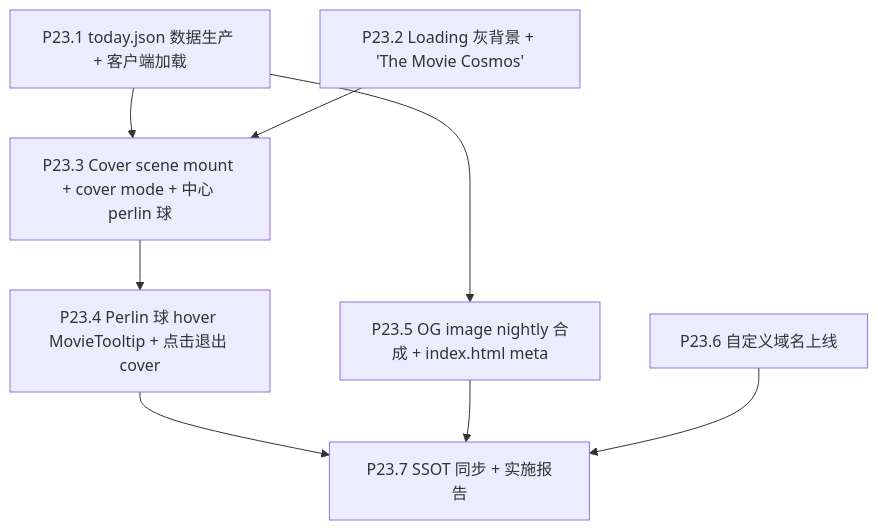
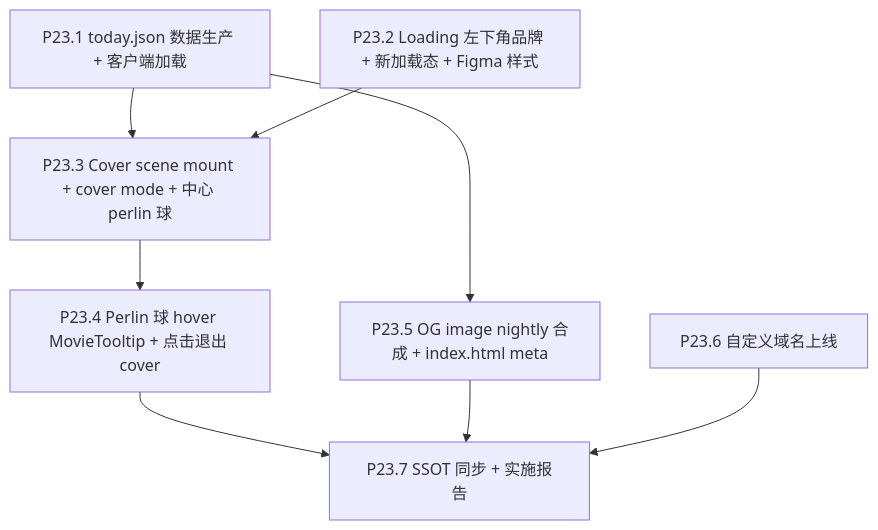
The diagram in .cursor/plans/phase_23_movie_today_domain_og_8aceff5a.plan.md (XYBuilds/chronicle_v3_3d_galaxy), drawn with Mermaid before and after one commit. The commit also changed other lines of this file, not shown here.

Commit message:
feat(P23.2): update loading screen design to align with Figma specifications, removing progress bar and enhancing visual elements

````diff
--- a/.cursor/plans/phase_23_movie_today_domain_og_8aceff5a.plan.md
+++ b/.cursor/plans/phase_23_movie_today_domain_og_8aceff5a.plan.md
@@ -68,18 +68,18 @@
 ```mermaid
 flowchart TD
     P231["P23.1 today.json 数据生产 + 客户端加载"]
-    P232["P23.2 Loading 灰背景 + 'The Movie Cosmos'"]
+    P232["P23.2 Loading 左下角品牌 + 新加载态 + Figma 样式"]
     P233["P23.3 Cover scene mount + cover mode + 中心 perlin 球"]
     P234["P23.4 Perlin 球 hover MovieTooltip + 点击退出 cover"]
     P235["P23.5 OG image nightly 合成 + index.html meta"]
     P236["P23.6 自定义域名上线"]
     P237["P23.7 SSOT 同步 + 实施报告"]
 
     P231 --> P233
     P231 --> P235
     P232 --> P233
     P233 --> P234
     P234 --> P237
     P235 --> P237
     P236 --> P237
 ```
````
